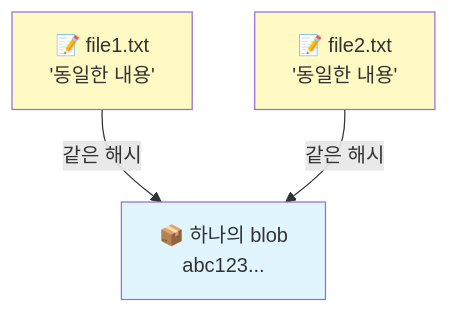
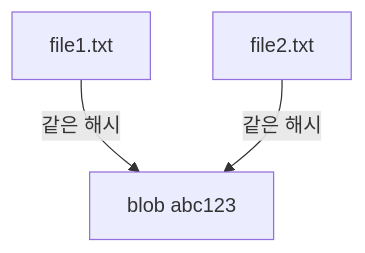
One commit to hiddenpunch/hiddenpunch.github.io changed the seventh of 8 diagrams in content/posts/git-internals-01-object-storage.md. Above: the diagram before and after it, drawn with Mermaid. The commit also changed other lines of this file, not shown here.

Commit message:
Fix Mermaid syntax for v11 compatibility

```diff
--- a/content/posts/git-internals-01-object-storage.md
+++ b/content/posts/git-internals-01-object-storage.md
@@ -271,14 +166,5 @@
 <div class="mermaid">
-graph TB
-    F1["📝 file1.txt<br/>'동일한 내용'"]
-    F2["📝 file2.txt<br/>'동일한 내용'"]
-    
-    BLOB["📦 하나의 blob<br/>abc123..."]
-    
-    F1 -->|"같은 해시"| BLOB
-    F2 -->|"같은 해시"| BLOB
-    
-    style F1 fill:#fff9c4
-    style F2 fill:#fff9c4
-    style BLOB fill:#e1f5fe
+flowchart TB
+    F1[file1.txt] -->|같은 해시| BLOB[blob abc123]
+    F2[file2.txt] -->|같은 해시| BLOB
 </div>
```
